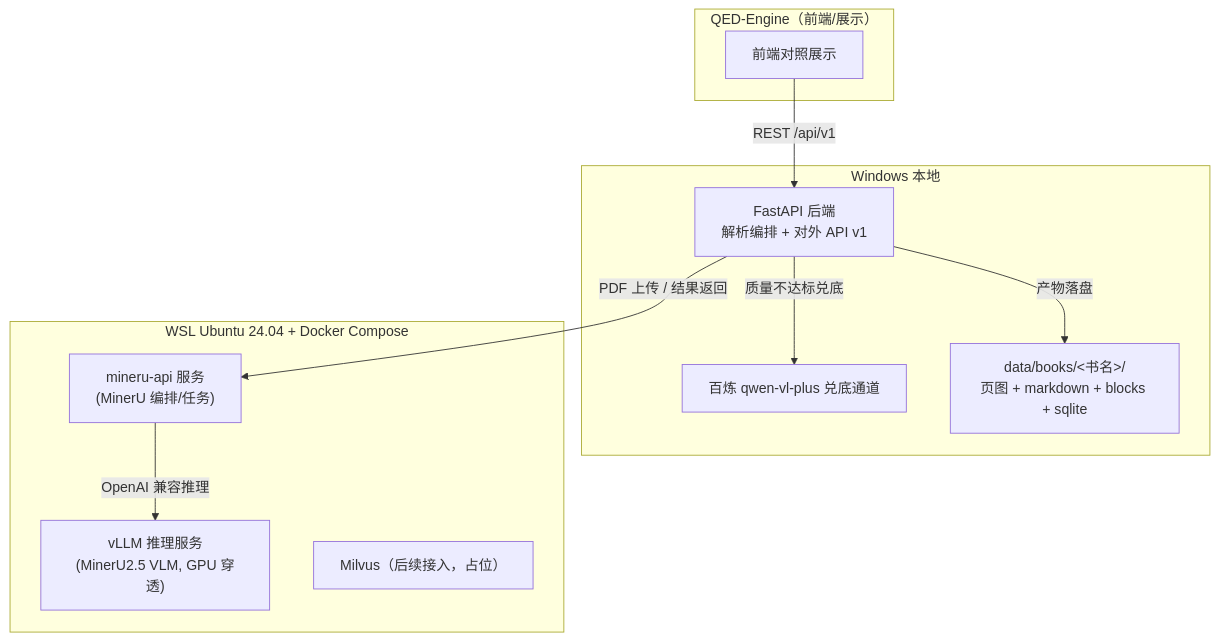
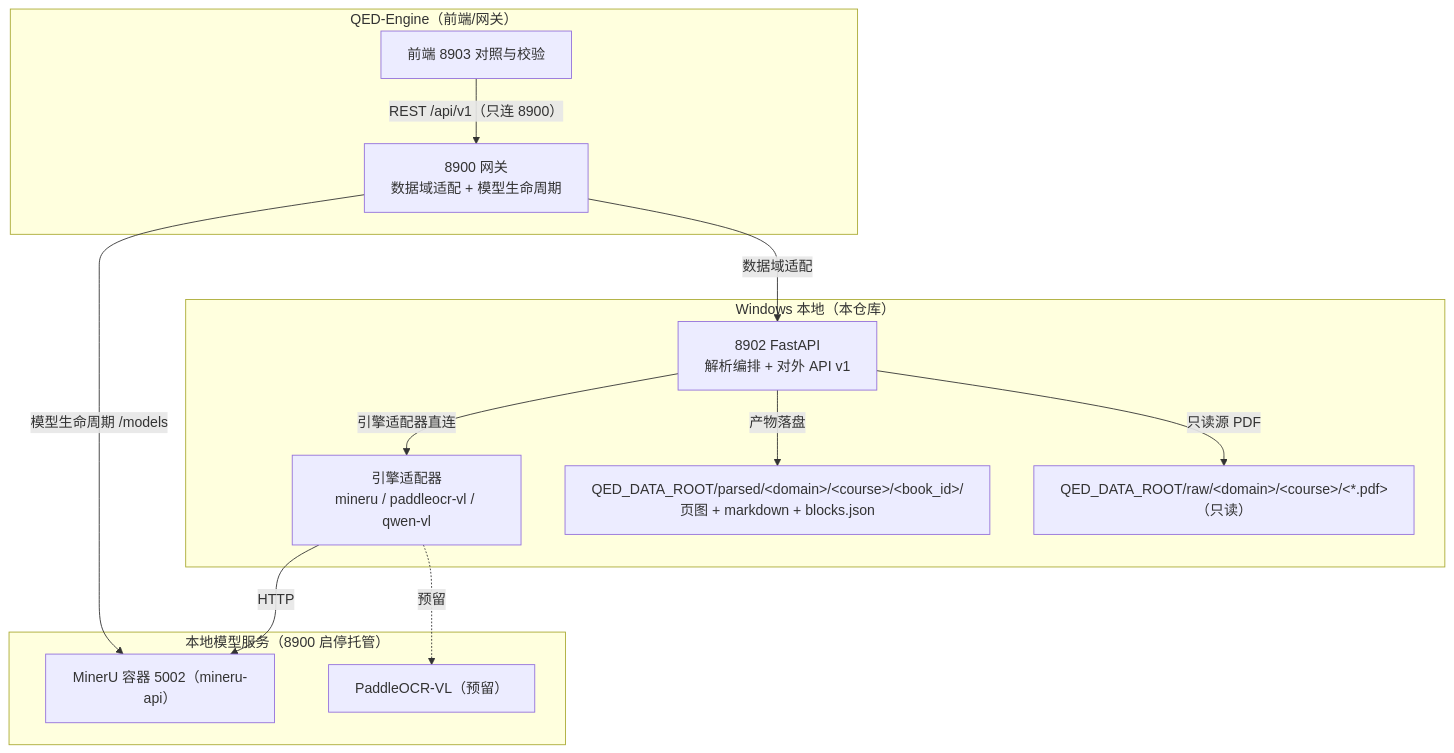
One commit to swfswf1234/Axiom-Flow changed the diagram in docs/architecture/overview.md. Above: the diagram before and after it, drawn with Mermaid. The commit also changed other lines of this file and 27 other files, not shown here.

````diff
--- a/docs/architecture/overview.md
+++ b/docs/architecture/overview.md
@@ -19,22 +21,26 @@
 ```mermaid
 flowchart TB
-    subgraph QED["QED-Engine（前端/展示）"]
-        UI["前端对照展示"]
+    subgraph QED["QED-Engine（前端/网关）"]
+        UI["前端 8903 对照与校验"]
+        GW["8900 网关<br/>数据域适配 + 模型生命周期"]
     end
-    subgraph WIN["Windows 本地"]
-        API["FastAPI 后端<br/>解析编排 + 对外 API v1"]
-        FALLBACK["百炼 qwen-vl-plus 兑底通道"]
-        DATA["data/books/&lt;书名&gt;/<br/>页图 + markdown + blocks + sqlite"]
+    subgraph WIN["Windows 本地（本仓库）"]
+        API["8902 FastAPI<br/>解析编排 + 对外 API v1"]
+        ENG["引擎适配器<br/>mineru / paddleocr-vl / qwen-vl"]
+        DATA["QED_DATA_ROOT/parsed/&lt;domain&gt;/&lt;course&gt;/&lt;book_id&gt;/<br/>页图 + markdown + blocks.json"]
+        RAW["QED_DATA_ROOT/raw/&lt;domain&gt;/&lt;course&gt;/&lt;*.pdf&gt;（只读）"]
     end
-    subgraph WSL["WSL Ubuntu 24.04 + Docker Compose"]
-        MA["mineru-api 服务<br/>(MinerU 编排/任务)"]
-        V["vLLM 推理服务<br/>(MinerU2.5 VLM, GPU 穿透)"]
-        MV["Milvus（后续接入，占位）"]
+    subgraph MODELS["本地模型服务（8900 启停托管）"]
+        MA["MinerU 容器 5002（mineru-api）"]
+        PV["PaddleOCR-VL（预留）"]
     end
 
-    UI -->|"REST /api/v1"| API
-    API -->|"PDF 上传 / 结果返回"| MA
-    MA -->|"OpenAI 兼容推理"| V
-    API -->|"质量不达标兑底"| FALLBACK
+    UI -->|"REST /api/v1（只连 8900）"| GW
+    GW -->|"数据域适配"| API
+    GW -->|"模型生命周期 /models"| MA
+    API -->|"引擎适配器直连"| ENG
+    ENG -->|"HTTP"| MA
+    ENG -.->|"预留"| PV
+    API -->|"只读源 PDF"| RAW
     API -->|"产物落盘"| DATA
 ```
````
